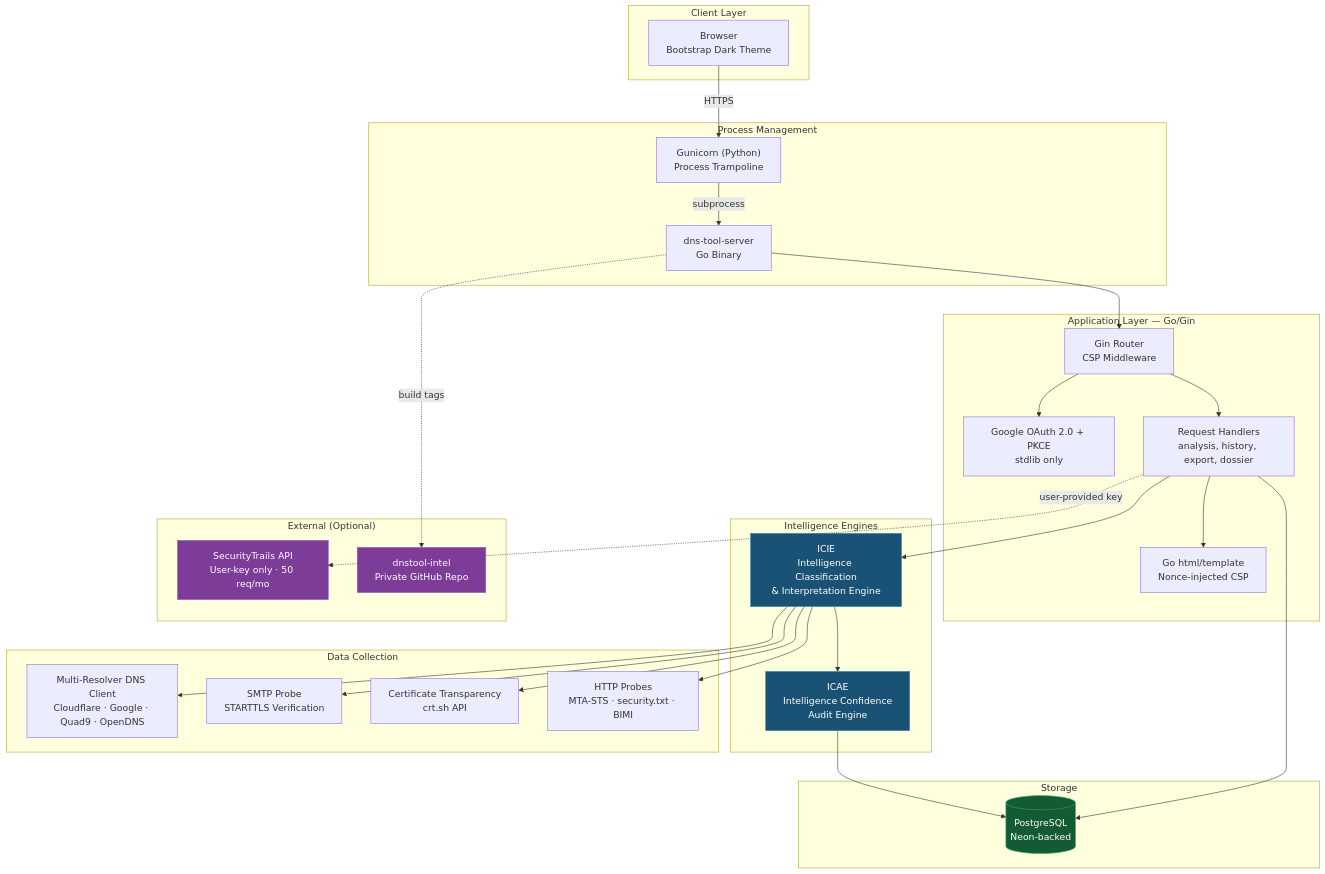
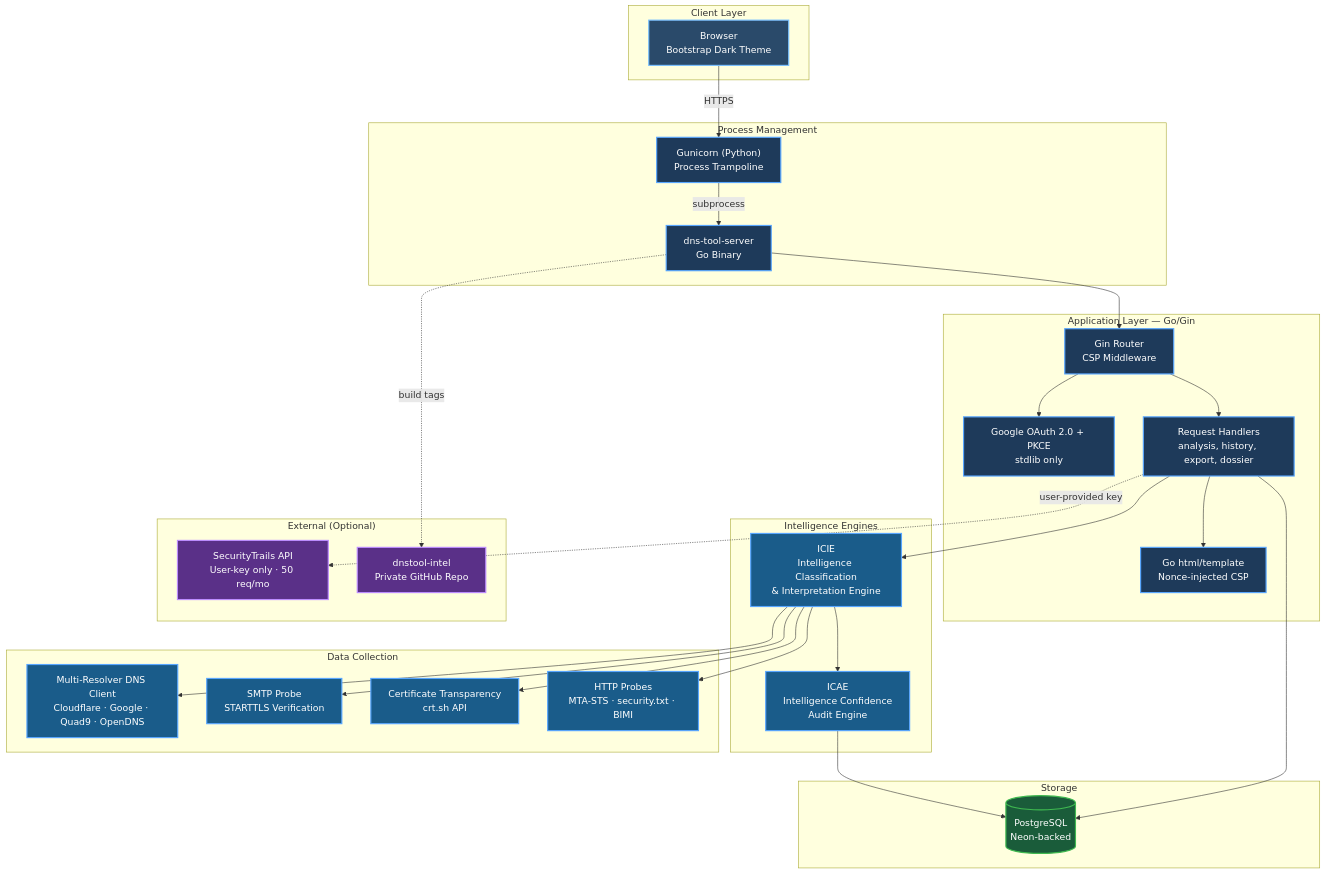
One commit to careyjames/DnsToolWeb changed the first of 7 diagrams in docs/architecture/SYSTEM_ARCHITECTURE.md. Above: the diagram before and after it, drawn with Mermaid. The commit also changed other lines of this file and 1 other file, not shown here.

First line of the commit message:
Enhance system architecture diagrams with brighter colors and updated styling

````diff
--- a/docs/architecture/SYSTEM_ARCHITECTURE.md
+++ b/docs/architecture/SYSTEM_ARCHITECTURE.md
@@ -5,63 +5,70 @@
 ```mermaid
 graph TB
     subgraph "Client Layer"
         Browser["Browser<br/>Bootstrap Dark Theme"]
     end
 
     subgraph "Process Management"
         Gunicorn["Gunicorn (Python)<br/>Process Trampoline"]
         GoBinary["dns-tool-server<br/>Go Binary"]
     end
 
     subgraph "Application Layer — Go/Gin"
         Router["Gin Router<br/>CSP Middleware"]
         Auth["Google OAuth 2.0 + PKCE<br/>stdlib only"]
         Handlers["Request Handlers<br/>analysis, history, export, dossier"]
         Templates["Go html/template<br/>Nonce-injected CSP"]
     end
 
     subgraph "Intelligence Engines"
         ICIE["ICIE<br/>Intelligence Classification<br/>& Interpretation Engine"]
         ICAE["ICAE<br/>Intelligence Confidence<br/>Audit Engine"]
     end
 
     subgraph "Data Collection"
         DNSClient["Multi-Resolver DNS Client<br/>Cloudflare · Google · Quad9 · OpenDNS"]
         SMTP["SMTP Probe<br/>STARTTLS Verification"]
         CT["Certificate Transparency<br/>crt.sh API"]
         HTTP["HTTP Probes<br/>MTA-STS · security.txt · BIMI"]
     end
 
     subgraph "Storage"
         PG[("PostgreSQL<br/>Neon-backed")]
     end
 
     subgraph "External (Optional)"
         SecurityTrails["SecurityTrails API<br/>User-key only · 50 req/mo"]
         IntelRepo["dnstool-intel<br/>Private GitHub Repo"]
     end
 
     Browser -->|"HTTPS"| Gunicorn
     Gunicorn -->|"subprocess"| GoBinary
     GoBinary --> Router
     Router --> Auth
     Router --> Handlers
     Handlers --> Templates
     Handlers --> ICIE
     ICIE --> DNSClient
     ICIE --> SMTP
     ICIE --> CT
     ICIE --> HTTP
     ICIE --> ICAE
     Handlers --> PG
     ICAE --> PG
     Handlers -.->|"user-provided key"| SecurityTrails
     GoBinary -.->|"build tags"| IntelRepo
 
-    classDef engine fill:#1a5276,stroke:#2980b9,color:#fff
-    classDef storage fill:#145a32,stroke:#27ae60,color:#fff
-    classDef external fill:#7d3c98,stroke:#9b59b6,color:#fff
+    classDef default fill:#1b2f45,stroke:#4a90d9,stroke-width:2px,color:#f0f6fc
+    classDef engine fill:#1a5c8a,stroke:#58a6ff,stroke-width:2px,color:#fff
+    classDef storage fill:#1a5c3a,stroke:#3fb950,stroke-width:2px,color:#fff
+    classDef external fill:#5a3088,stroke:#bc8cff,stroke-width:2px,color:#fff
+    classDef client fill:#2a4a6a,stroke:#79c0ff,stroke-width:2px,color:#fff
+    classDef app fill:#1e3a5a,stroke:#58a6ff,stroke-width:2px,color:#fff
     class ICIE,ICAE engine
     class PG storage
     class SecurityTrails,IntelRepo external
+    class Browser client
+    class Router,Auth,Handlers,Templates app
+    class DNSClient,SMTP,CT,HTTP engine
+    class Gunicorn,GoBinary app
 ```
````
